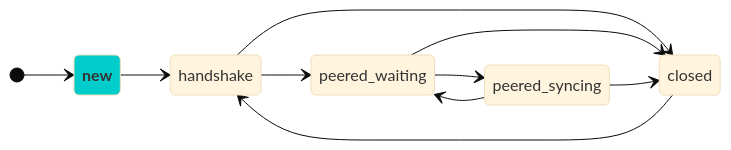
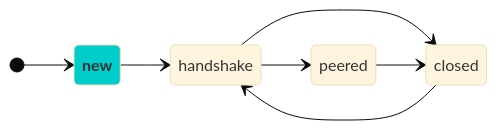
Before and after one commit to automerge/MeetingNotes: the diagram in notes/websocket_sync_initial.mmd, drawn with Mermaid (base theme). The commit also changed 9 other files, not shown here.

Commit message:
simplifying state diagram - turns out we can't know sync is definitely complete

```diff
--- a/notes/websocket_sync_initial.mmd
+++ b/notes/websocket_sync_initial.mmd
@@ -1,14 +1,11 @@
 stateDiagram-v2
     direction LR
     
     classDef currentState fill:#0CC,font-weight:bold,strike-width:2px
 
     [*] --> new:::currentState
     new --> handshake
     handshake --> closed
-    handshake --> peered_waiting
-    peered_waiting --> closed
-    peered_waiting --> peered_syncing
-    peered_syncing --> closed
-    peered_syncing --> peered_waiting
+    handshake --> peered
+    peered --> closed
     closed --> handshake
```
